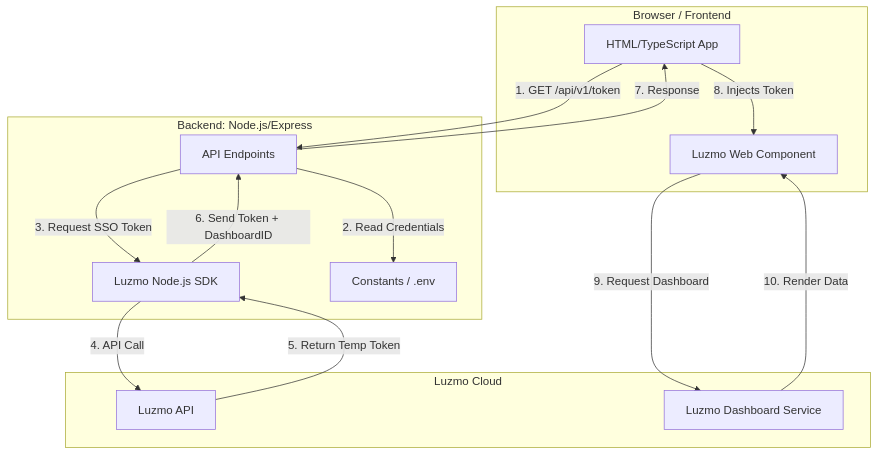
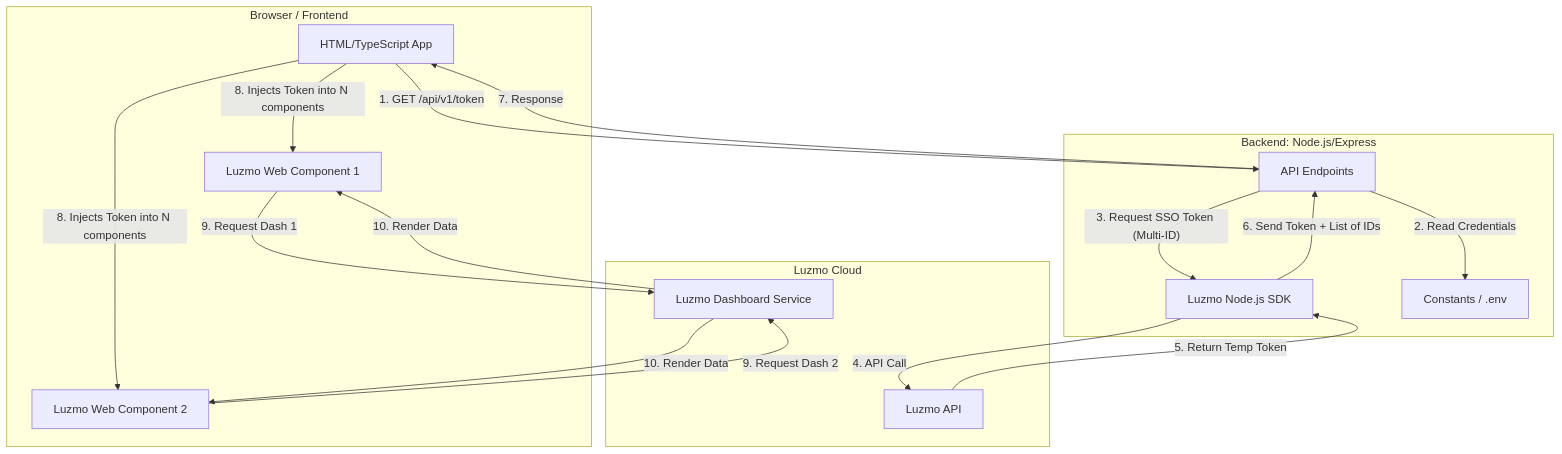
Before and after one commit to leonardolasouza/luzmo: the first of 2 diagrams in docs/spec/PRDs/Architecture.md, drawn with Mermaid. The commit also changed other lines of this file and 10 other files, not shown here.

````diff
--- a/docs/spec/PRDs/Architecture.md
+++ b/docs/spec/PRDs/Architecture.md
@@ -13,29 +13,33 @@
 ```mermaid
 graph TD
     subgraph Client [Browser / Frontend]
         App[HTML/TypeScript App]
-        Embed[Luzmo Web Component]
+        Embed1[Luzmo Web Component 1]
+        Embed2[Luzmo Web Component 2]
     end
 
     subgraph Server [Backend: Node.js/Express]
         API[API Endpoints]
         SDK[Luzmo Node.js SDK]
         Config[Constants / .env]
     end
 
     subgraph External [Luzmo Cloud]
         L_API[Luzmo API]
         L_Dash[Luzmo Dashboard Service]
     end
 
     App -- "1. GET /api/v1/token" --> API
     API -- "2. Read Credentials" --> Config
-    API -- "3. Request SSO Token" --> SDK
+    API -- "3. Request SSO Token (Multi-ID)" --> SDK
     SDK -- "4. API Call" --> L_API
     L_API -- "5. Return Temp Token" --> SDK
-    SDK -- "6. Send Token + DashboardID" --> API
+    SDK -- "6. Send Token + List of IDs" --> API
     API -- "7. Response" --> App
-    App -- "8. Injects Token" --> Embed
-    Embed -- "9. Request Dashboard" --> L_Dash
-    L_Dash -- "10. Render Data" --> Embed
+    App -- "8. Injects Token into N components" --> Embed1
+    App -- "8. Injects Token into N components" --> Embed2
+    Embed1 -- "9. Request Dash 1" --> L_Dash
+    Embed2 -- "9. Request Dash 2" --> L_Dash
+    L_Dash -- "10. Render Data" --> Embed1
+    L_Dash -- "10. Render Data" --> Embed2
 ```
````
